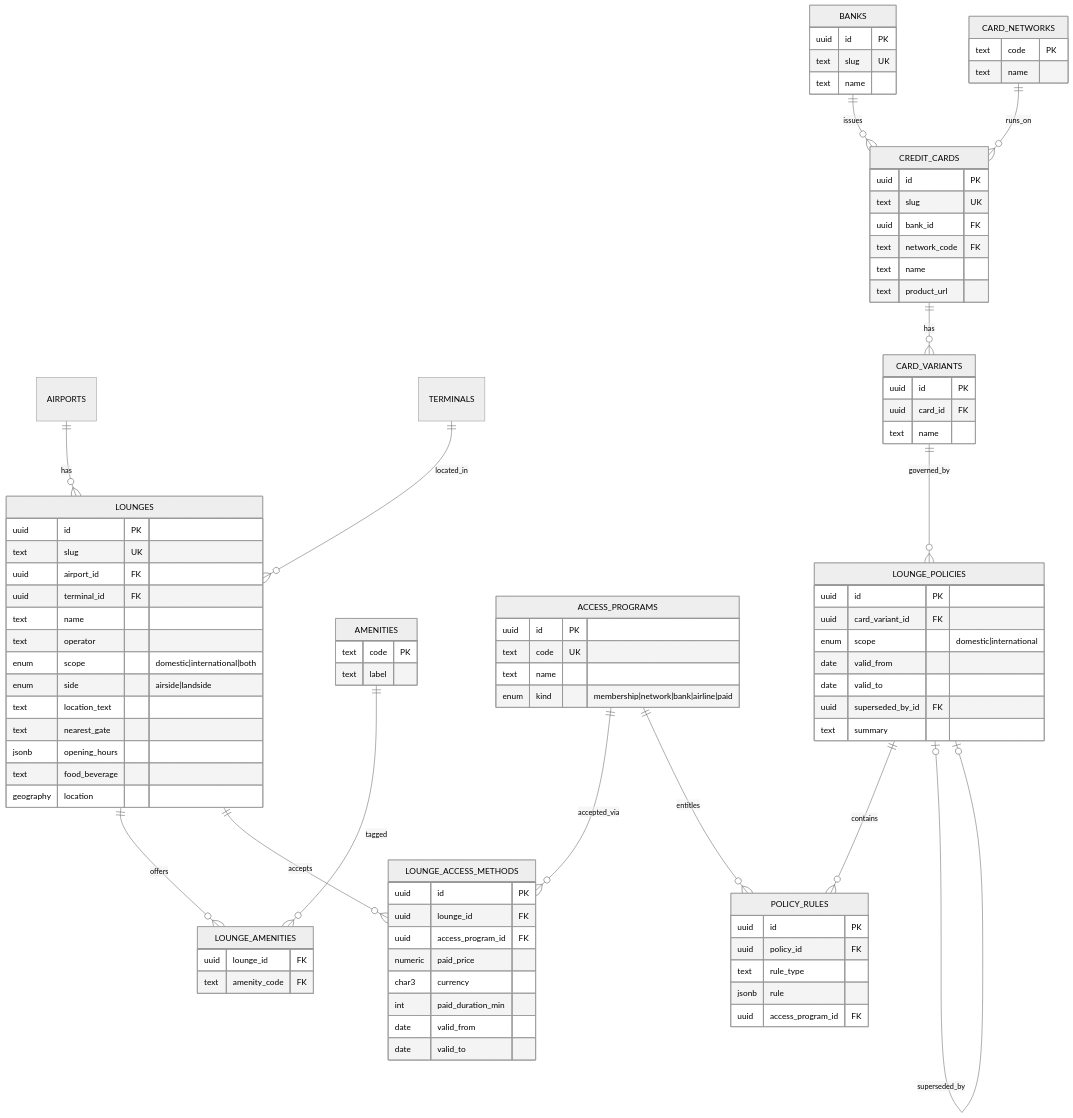
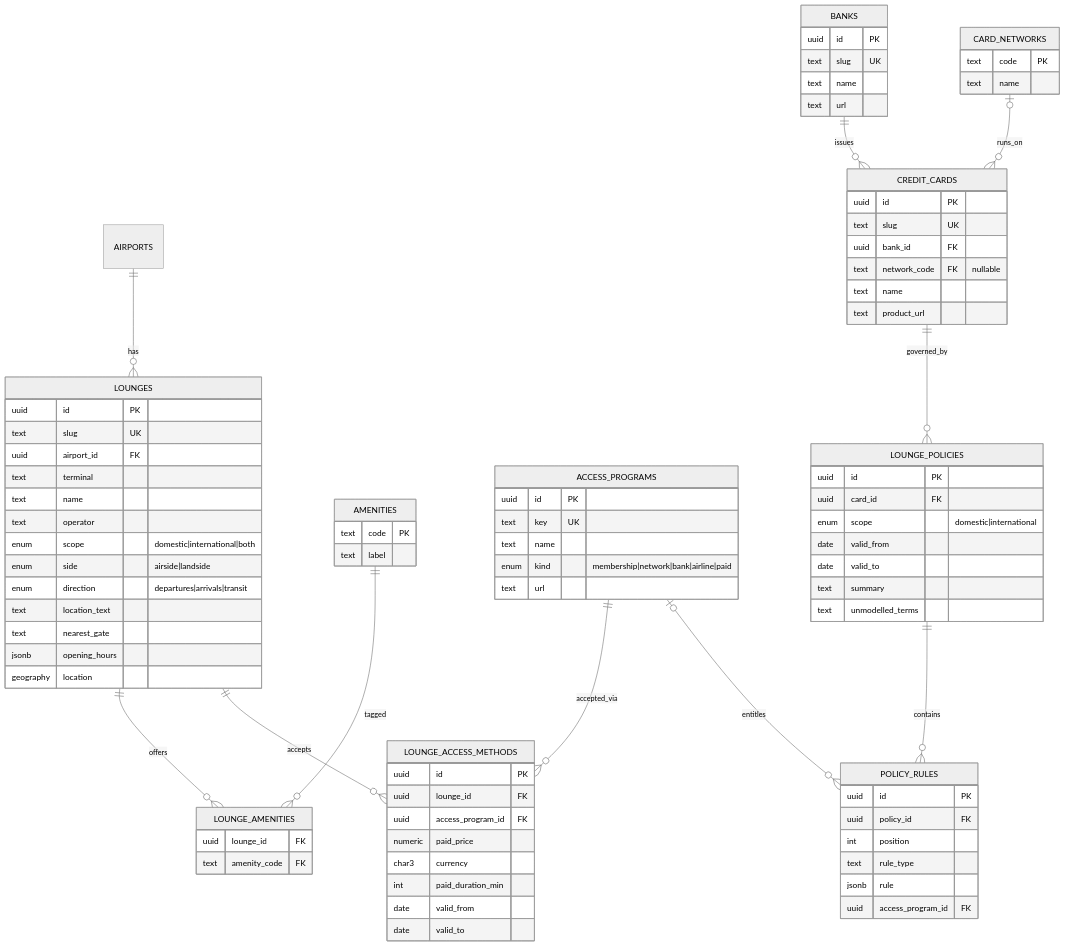
The second of 3 diagrams in docs/database/erd.md (NagbhushanPai/AeroGuide), drawn with Mermaid (neutral theme) before and after one commit. The commit also changed other lines of this file and 12 other files, not shown here.

First line of the commit message:
docs: bring architecture and database docs in line with the deployed code

````diff
--- a/docs/database/erd.md
+++ b/docs/database/erd.md
@@ -167,32 +114,29 @@
 ```mermaid
 erDiagram
   AIRPORTS ||--o{ LOUNGES : has
-  TERMINALS ||--o{ LOUNGES : located_in
   LOUNGES ||--o{ LOUNGE_AMENITIES : offers
   AMENITIES ||--o{ LOUNGE_AMENITIES : tagged
   LOUNGES ||--o{ LOUNGE_ACCESS_METHODS : accepts
   ACCESS_PROGRAMS ||--o{ LOUNGE_ACCESS_METHODS : accepted_via
   BANKS ||--o{ CREDIT_CARDS : issues
-  CARD_NETWORKS ||--o{ CREDIT_CARDS : runs_on
-  CREDIT_CARDS ||--o{ CARD_VARIANTS : has
-  CARD_VARIANTS ||--o{ LOUNGE_POLICIES : governed_by
+  CARD_NETWORKS |o--o{ CREDIT_CARDS : runs_on
+  CREDIT_CARDS ||--o{ LOUNGE_POLICIES : governed_by
   LOUNGE_POLICIES ||--o{ POLICY_RULES : contains
-  ACCESS_PROGRAMS ||--o{ POLICY_RULES : entitles
-  LOUNGE_POLICIES |o--o| LOUNGE_POLICIES : superseded_by
+  ACCESS_PROGRAMS |o--o{ POLICY_RULES : entitles
 
   LOUNGES {
     uuid id PK
     text slug UK
     uuid airport_id FK
-    uuid terminal_id FK
+    text terminal
     text name
     text operator
     enum scope "domestic|international|both"
     enum side "airside|landside"
+    enum direction "departures|arrivals|transit"
     text location_text
     text nearest_gate
     jsonb opening_hours
-    text food_beverage
     geography location
   }
   AMENITIES {
@@ -205,9 +149,10 @@
   }
   ACCESS_PROGRAMS {
     uuid id PK
-    text code UK
+    text key UK
     text name
     enum kind "membership|network|bank|airline|paid"
+    text url
   }
   LOUNGE_ACCESS_METHODS {
     uuid id PK
@@ -223,6 +168,7 @@
     uuid id PK
     text slug UK
     text name
+    text url
   }
   CARD_NETWORKS {
     text code PK
@@ -232,27 +178,23 @@
     uuid id PK
     text slug UK
     uuid bank_id FK
-    text network_code FK
+    text network_code FK "nullable"
     text name
     text product_url
   }
-  CARD_VARIANTS {
+  LOUNGE_POLICIES {
     uuid id PK
     uuid card_id FK
-    text name
-  }
-  LOUNGE_POLICIES {
-    uuid id PK
-    uuid card_variant_id FK
     enum scope "domestic|international"
     date valid_from
     date valid_to
-    uuid superseded_by_id FK
     text summary
+    text unmodelled_terms
   }
   POLICY_RULES {
     uuid id PK
     uuid policy_id FK
+    int position
     text rule_type
     jsonb rule
     uuid access_program_id FK
````
